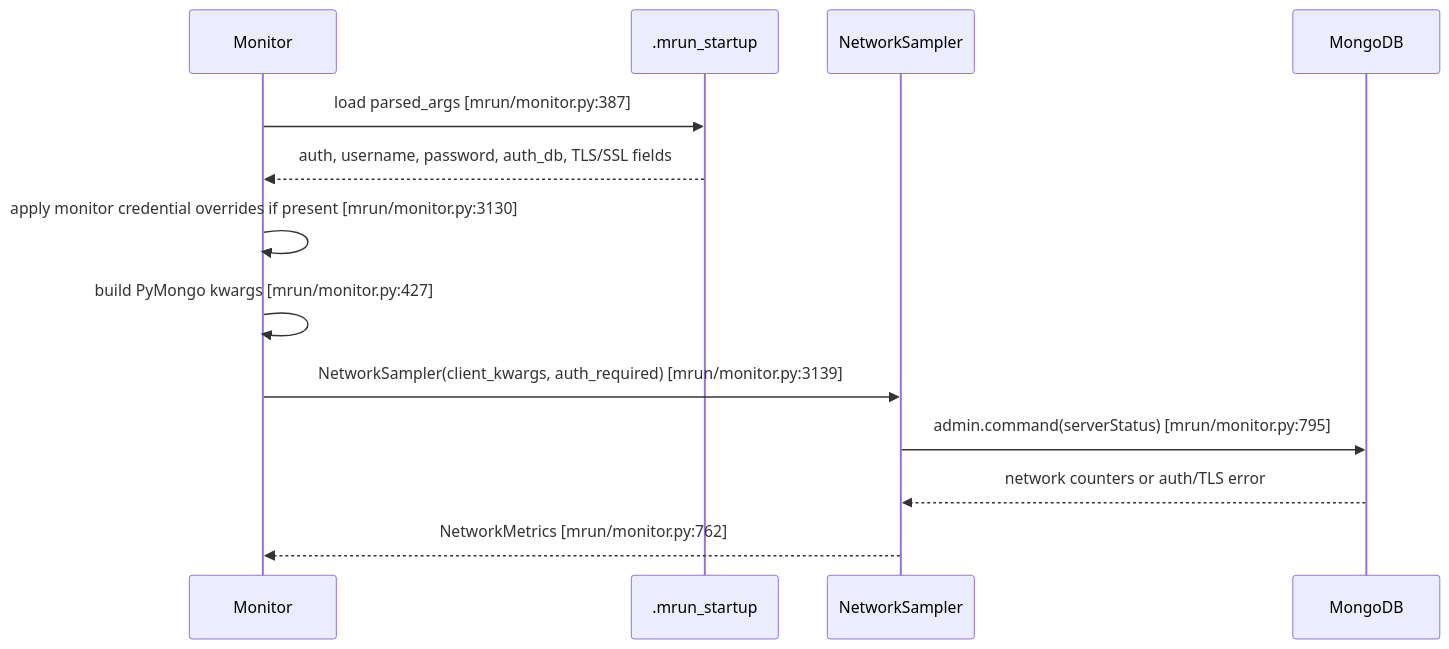
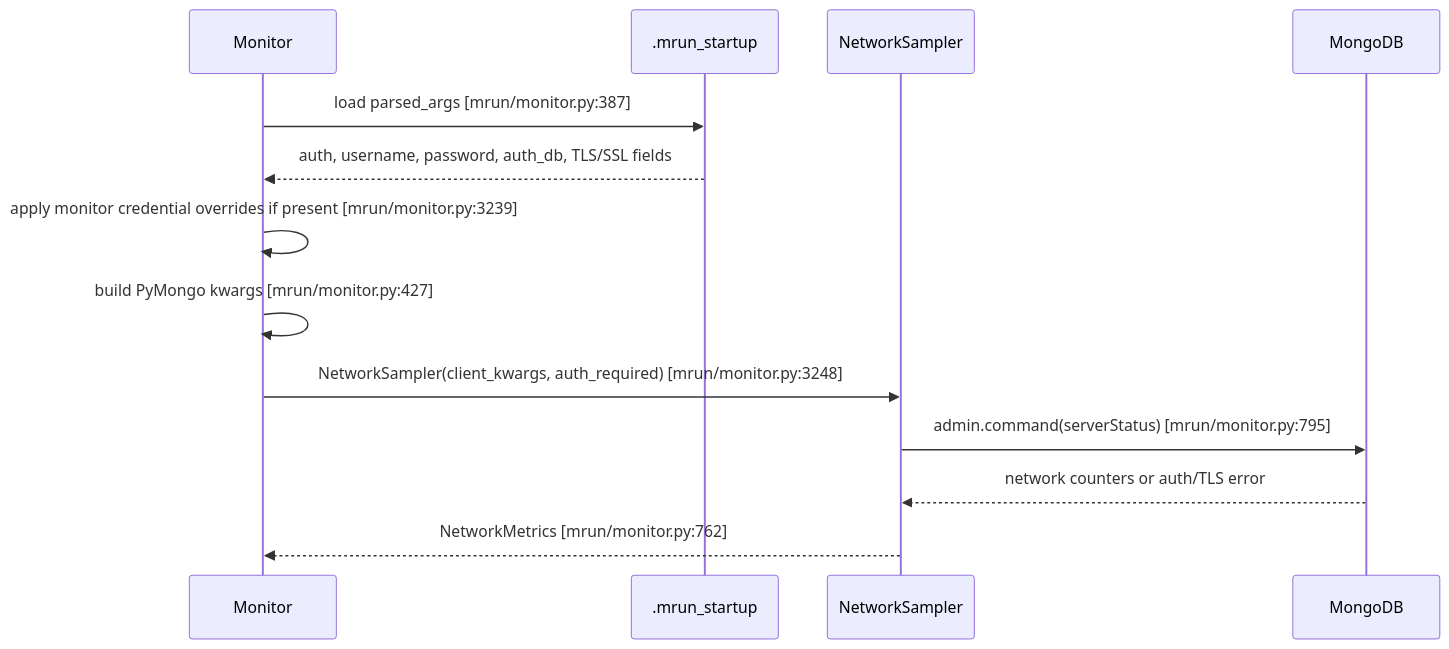
One commit to mongodb/mlaunch changed the third of 12 diagrams in doc/feature-monitor-guide.md. Above: the diagram before and after it, drawn with Mermaid. The commit also changed other lines of this file and 2 other files, not shown here.

````diff
--- a/doc/feature-monitor-guide.md
+++ b/doc/feature-monitor-guide.md
@@ -201,16 +204,16 @@
 ```mermaid
 sequenceDiagram
     participant Monitor as Monitor
     participant FS as .mrun_startup
     participant Sampler as NetworkSampler
     participant Mongo as MongoDB
 
     Monitor->>FS: load parsed_args [mrun/monitor.py:387]
     FS-->>Monitor: auth, username, password, auth_db, TLS/SSL fields
-    Monitor->>Monitor: apply monitor credential overrides if present [mrun/monitor.py:3130]
+    Monitor->>Monitor: apply monitor credential overrides if present [mrun/monitor.py:3239]
     Monitor->>Monitor: build PyMongo kwargs [mrun/monitor.py:427]
-    Monitor->>Sampler: NetworkSampler(client_kwargs, auth_required) [mrun/monitor.py:3139]
+    Monitor->>Sampler: NetworkSampler(client_kwargs, auth_required) [mrun/monitor.py:3248]
     Sampler->>Mongo: admin.command(serverStatus) [mrun/monitor.py:795]
     Mongo-->>Sampler: network counters or auth/TLS error
     Sampler-->>Monitor: NetworkMetrics [mrun/monitor.py:762]
 ```
````
